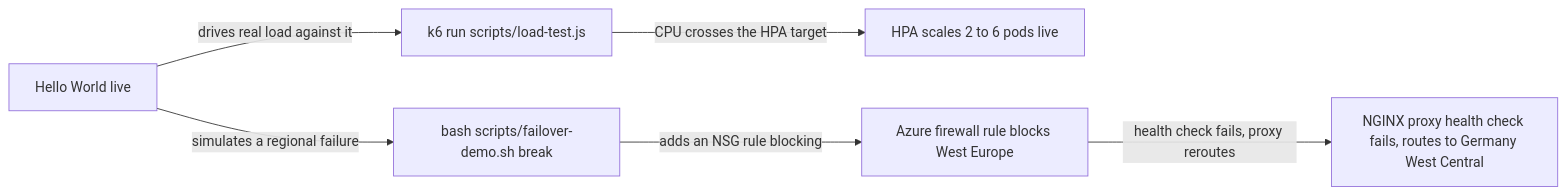
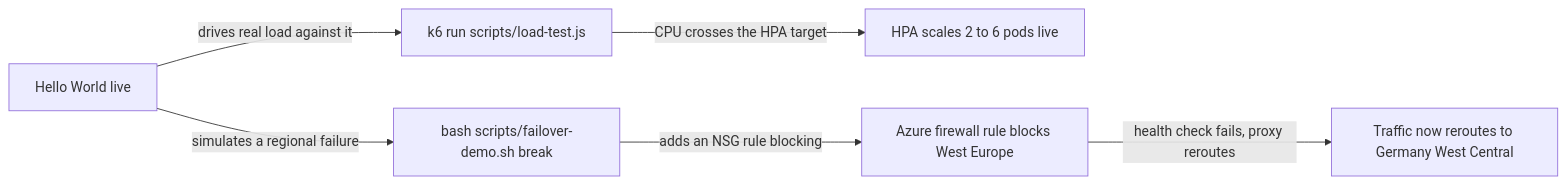
The fourth of 4 diagrams in README.md (Dennis4507/cloud-native-ha-platform), drawn with Mermaid before and after one commit. The commit also changed other lines of this file, not shown here.

Commit message:
Trim the two longest node labels in the pipeline diagrams
Phase 2 was the one purely linear diagram (no branching to spread it
into rows the way Phases 1, 3, and 4 naturally do), so it was the most
likely to render as one long strip. Its worst offender was a single
91-character node; trimmed to the same facts in about 20% less text.
Phase 4's final node also repeated "health check fails" that the arrow
feeding it already says, so cut the repeat and kept just the result.

````diff
--- a/README.md
+++ b/README.md
@@ -110,9 +110,9 @@
 ```mermaid
 %%{init: {'flowchart': {'nodeSpacing': 60, 'rankSpacing': 80}}}%%
 flowchart LR
     IN4["Hello World live"] -->|drives real load against it| CMD6a["k6 run scripts/load-test.js"]
     CMD6a -->|CPU crosses the HPA target| OUT6a["HPA scales 2 to 6 pods live"]
     IN4 -->|simulates a regional failure| CMD6b["bash scripts/failover-demo.sh break"]
     CMD6b -->|adds an NSG rule blocking| OUT6b["Azure firewall rule blocks West Europe"]
-    OUT6b -->|health check fails, proxy reroutes| OUT7["NGINX proxy health check fails, routes to Germany West Central"]
+    OUT6b -->|health check fails, proxy reroutes| OUT7["Traffic now reroutes to Germany West Central"]
 ```
````
